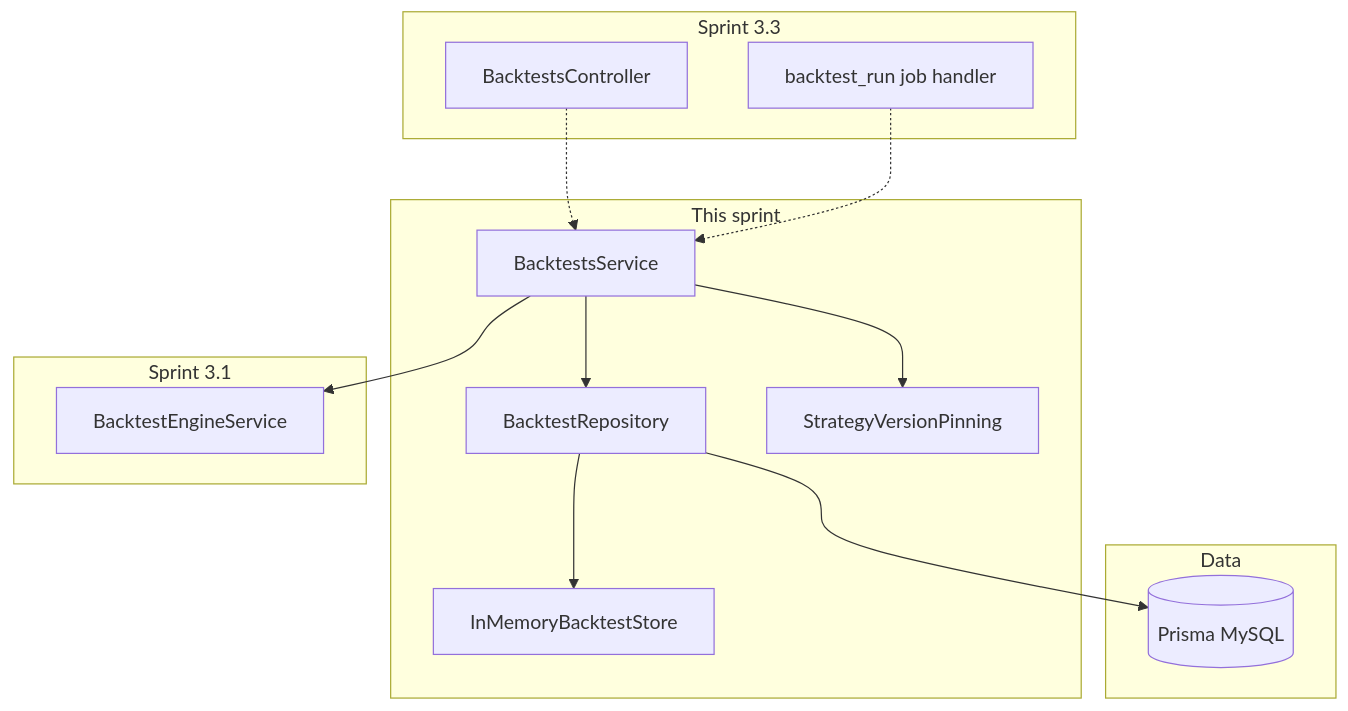
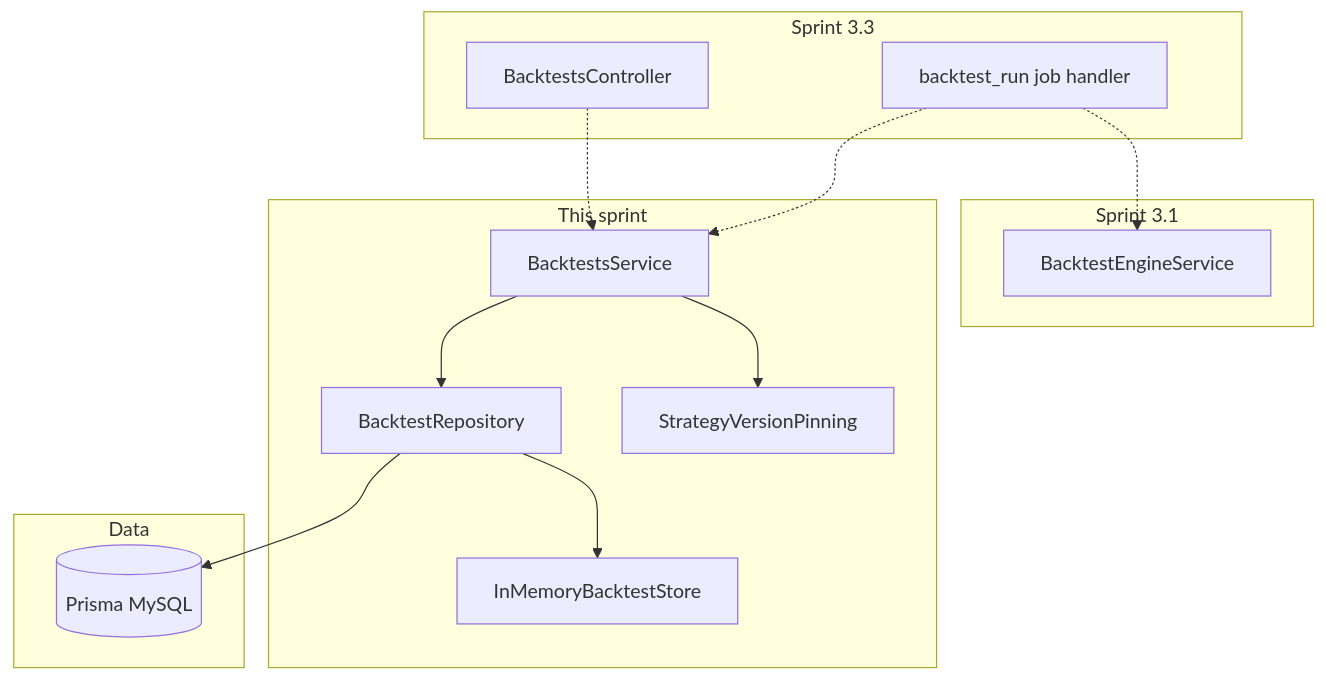
Before and after one commit to JustinPaoletta/BitStockerz: the diagram in docs/plans/sprint-3-2-backtest-persistence.md, drawn with Mermaid. The commit also changed other lines of this file and 232 other files, not shown here.

````diff
--- a/docs/plans/sprint-3-2-backtest-persistence.md
+++ b/docs/plans/sprint-3-2-backtest-persistence.md
@@ -136,30 +168,30 @@
 ```mermaid
 flowchart TB
   subgraph future [Sprint 3.3]
     API[BacktestsController]
     JH[backtest_run job handler]
   end
 
   subgraph svc [This sprint]
     BS[BacktestsService]
     BR[BacktestRepository]
     MEM[InMemoryBacktestStore]
     PIN[StrategyVersionPinning]
   end
 
   subgraph engine [Sprint 3.1]
     ENG[BacktestEngineService]
   end
 
   subgraph data [Data]
     PR[(Prisma MySQL)]
   end
 
   API -.-> BS
   JH -.-> BS
+  JH -.-> ENG
   BS --> BR
   BS --> PIN
-  BS --> ENG
   BR --> PR
   BR --> MEM
 ```
````
